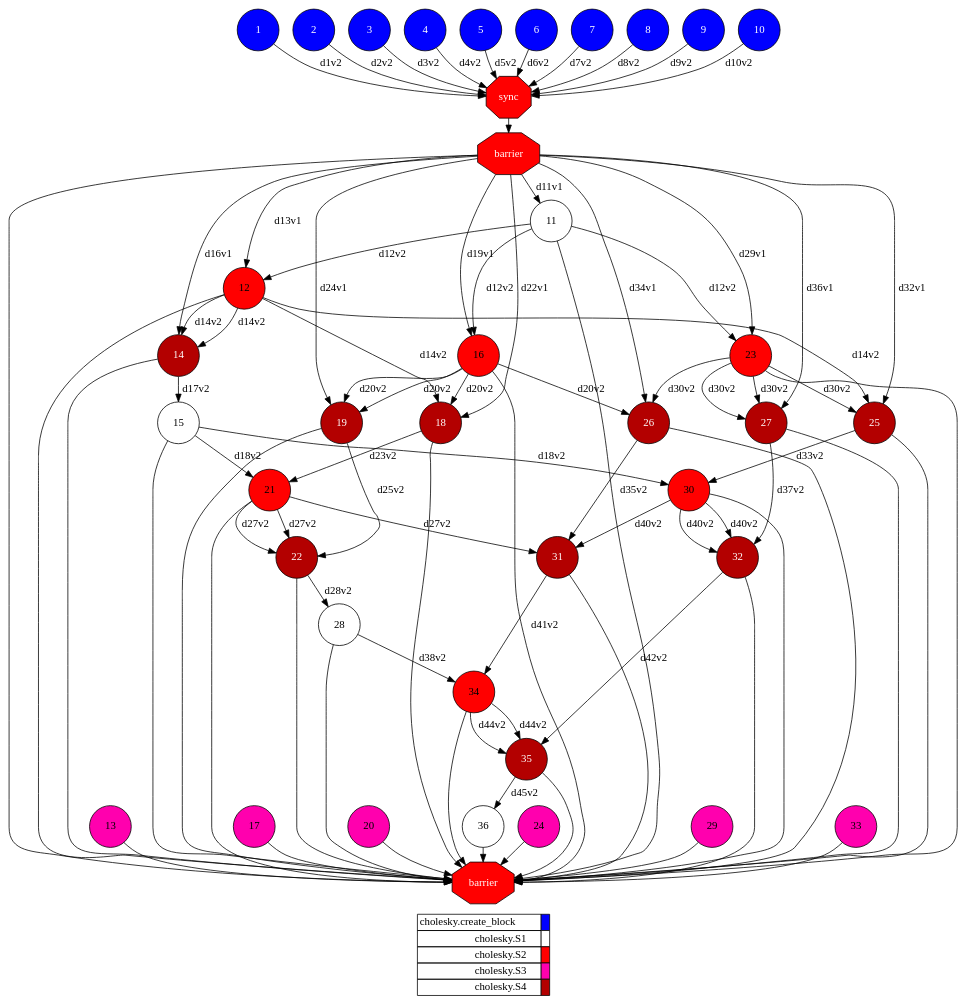
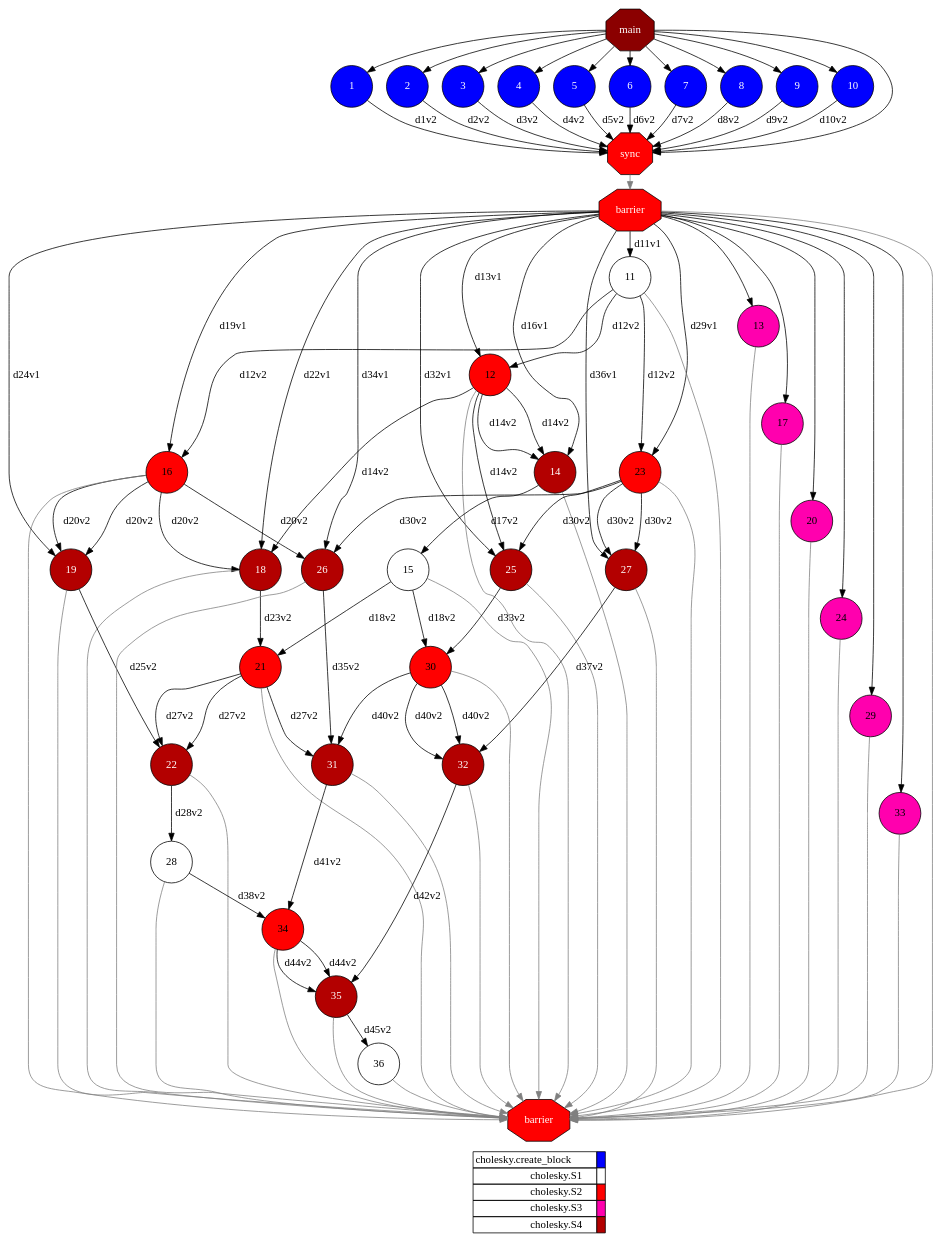
One commit to cristianrcv/pycompss-autoparallel changed the diagram in examples/cholesky/results/local/autoparallel/complete_graph.dot. Above: the diagram before and after it, drawn with Graphviz. The commit also changed 171 other files, not shown here.

```diff
--- a/examples/cholesky/results/local/autoparallel/complete_graph.dot
+++ b/examples/cholesky/results/local/autoparallel/complete_graph.dot
@@ -1,161 +1,180 @@
 digraph {
   rankdir=TB;
   labeljust="l";
+  compound= true;
   subgraph dependence_graph {
     ranksep=0.20;
     node[height=0.75];
 
+Synchro0[label="main", shape=octagon, style=filled fillcolor="#8B0000" fontcolor="#FFFFFF"];
 1[shape=circle, style=filled fillcolor="#0000ff" fontcolor="#ffffff"];
+Synchro0 -> 1;
 2[shape=circle, style=filled fillcolor="#0000ff" fontcolor="#ffffff"];
+Synchro0 -> 2;
 3[shape=circle, style=filled fillcolor="#0000ff" fontcolor="#ffffff"];
+Synchro0 -> 3;
 4[shape=circle, style=filled fillcolor="#0000ff" fontcolor="#ffffff"];
+Synchro0 -> 4;
 5[shape=circle, style=filled fillcolor="#0000ff" fontcolor="#ffffff"];
+Synchro0 -> 5;
 6[shape=circle, style=filled fillcolor="#0000ff" fontcolor="#ffffff"];
+Synchro0 -> 6;
 7[shape=circle, style=filled fillcolor="#0000ff" fontcolor="#ffffff"];
+Synchro0 -> 7;
 8[shape=circle, style=filled fillcolor="#0000ff" fontcolor="#ffffff"];
+Synchro0 -> 8;
 9[shape=circle, style=filled fillcolor="#0000ff" fontcolor="#ffffff"];
+Synchro0 -> 9;
 10[shape=circle, style=filled fillcolor="#0000ff" fontcolor="#ffffff"];
+Synchro0 -> 10;
 Synchro1[label="sync", shape=octagon, style=filled fillcolor="#ff0000" fontcolor="#FFFFFF"];
-1 -> Synchro1[ label="d1v2" ];
-2 -> Synchro1[ label="d2v2" ];
-3 -> Synchro1[ label="d3v2" ];
-4 -> Synchro1[ label="d4v2" ];
-5 -> Synchro1[ label="d5v2" ];
-6 -> Synchro1[ label="d6v2" ];
-7 -> Synchro1[ label="d7v2" ];
-8 -> Synchro1[ label="d8v2" ];
-9 -> Synchro1[ label="d9v2" ];
-10 -> Synchro1[ label="d10v2" ];
+Synchro0 -> Synchro1;
+1 -> Synchro1 [label="d1v2"];
+2 -> Synchro1 [label="d2v2"];
+3 -> Synchro1 [label="d3v2"];
+4 -> Synchro1 [label="d4v2"];
+5 -> Synchro1 [label="d5v2"];
+6 -> Synchro1 [label="d6v2"];
+7 -> Synchro1 [label="d7v2"];
+8 -> Synchro1 [label="d8v2"];
+9 -> Synchro1 [label="d9v2"];
+10 -> Synchro1 [label="d10v2"];
 Synchro2[label="barrier", shape=octagon, style=filled fillcolor="#ff0000" fontcolor="#FFFFFF"];
-Synchro1 -> Synchro2;
+Synchro1 -> Synchro2 [color=grey];
 11[shape=circle, style=filled fillcolor="#ffffff" fontcolor="#000000"];
-Synchro2 -> 11[ label="d11v1" ];
+Synchro2 -> 11 [label="d11v1"];
 12[shape=circle, style=filled fillcolor="#ff0000" fontcolor="#000000"];
-11 -> 12[ label="d12v2" ];
-Synchro2 -> 12[ label="d13v1" ];
+11 -> 12 [label="d12v2"];
+Synchro2 -> 12 [label="d13v1"];
 13[shape=circle, style=filled fillcolor="#ff00ae" fontcolor="#000000"];
+Synchro2 -> 13;
 14[shape=circle, style=filled fillcolor="#b30000" fontcolor="#ffffff"];
-12 -> 14[ label="d14v2" ];
-12 -> 14[ label="d14v2" ];
-Synchro2 -> 14[ label="d16v1" ];
+12 -> 14 [label="d14v2"];
+12 -> 14 [label="d14v2"];
+Synchro2 -> 14 [label="d16v1"];
 15[shape=circle, style=filled fillcolor="#ffffff" fontcolor="#000000"];
-14 -> 15[ label="d17v2" ];
+14 -> 15 [label="d17v2"];
 16[shape=circle, style=filled fillcolor="#ff0000" fontcolor="#000000"];
-11 -> 16[ label="d12v2" ];
-Synchro2 -> 16[ label="d19v1" ];
+11 -> 16 [label="d12v2"];
+Synchro2 -> 16 [label="d19v1"];
 17[shape=circle, style=filled fillcolor="#ff00ae" fontcolor="#000000"];
+Synchro2 -> 17;
 18[shape=circle, style=filled fillcolor="#b30000" fontcolor="#ffffff"];
-16 -> 18[ label="d20v2" ];
-12 -> 18[ label="d14v2" ];
-Synchro2 -> 18[ label="d22v1" ];
+16 -> 18 [label="d20v2"];
+12 -> 18 [label="d14v2"];
+Synchro2 -> 18 [label="d22v1"];
 19[shape=circle, style=filled fillcolor="#b30000" fontcolor="#ffffff"];
-16 -> 19[ label="d20v2" ];
-16 -> 19[ label="d20v2" ];
-Synchro2 -> 19[ label="d24v1" ];
+16 -> 19 [label="d20v2"];
+16 -> 19 [label="d20v2"];
+Synchro2 -> 19 [label="d24v1"];
 20[shape=circle, style=filled fillcolor="#ff00ae" fontcolor="#000000"];
+Synchro2 -> 20;
 21[shape=circle, style=filled fillcolor="#ff0000" fontcolor="#000000"];
-15 -> 21[ label="d18v2" ];
-18 -> 21[ label="d23v2" ];
+15 -> 21 [label="d18v2"];
+18 -> 21 [label="d23v2"];
 22[shape=circle, style=filled fillcolor="#b30000" fontcolor="#ffffff"];
-21 -> 22[ label="d27v2" ];
-21 -> 22[ label="d27v2" ];
-19 -> 22[ label="d25v2" ];
+21 -> 22 [label="d27v2"];
+21 -> 22 [label="d27v2"];
+19 -> 22 [label="d25v2"];
 23[shape=circle, style=filled fillcolor="#ff0000" fontcolor="#000000"];
-11 -> 23[ label="d12v2" ];
-Synchro2 -> 23[ label="d29v1" ];
+11 -> 23 [label="d12v2"];
+Synchro2 -> 23 [label="d29v1"];
 24[shape=circle, style=filled fillcolor="#ff00ae" fontcolor="#000000"];
+Synchro2 -> 24;
 25[shape=circle, style=filled fillcolor="#b30000" fontcolor="#ffffff"];
-23 -> 25[ label="d30v2" ];
-12 -> 25[ label="d14v2" ];
-Synchro2 -> 25[ label="d32v1" ];
+23 -> 25 [label="d30v2"];
+12 -> 25 [label="d14v2"];
+Synchro2 -> 25 [label="d32v1"];
 26[shape=circle, style=filled fillcolor="#b30000" fontcolor="#ffffff"];
-23 -> 26[ label="d30v2" ];
-16 -> 26[ label="d20v2" ];
-Synchro2 -> 26[ label="d34v1" ];
+23 -> 26 [label="d30v2"];
+16 -> 26 [label="d20v2"];
+Synchro2 -> 26 [label="d34v1"];
 27[shape=circle, style=filled fillcolor="#b30000" fontcolor="#ffffff"];
-23 -> 27[ label="d30v2" ];
-23 -> 27[ label="d30v2" ];
-Synchro2 -> 27[ label="d36v1" ];
+23 -> 27 [label="d30v2"];
+23 -> 27 [label="d30v2"];
+Synchro2 -> 27 [label="d36v1"];
 28[shape=circle, style=filled fillcolor="#ffffff" fontcolor="#000000"];
-22 -> 28[ label="d28v2" ];
+22 -> 28 [label="d28v2"];
 29[shape=circle, style=filled fillcolor="#ff00ae" fontcolor="#000000"];
+Synchro2 -> 29;
 30[shape=circle, style=filled fillcolor="#ff0000" fontcolor="#000000"];
-15 -> 30[ label="d18v2" ];
-25 -> 30[ label="d33v2" ];
+15 -> 30 [label="d18v2"];
+25 -> 30 [label="d33v2"];
 31[shape=circle, style=filled fillcolor="#b30000" fontcolor="#ffffff"];
-30 -> 31[ label="d40v2" ];
-21 -> 31[ label="d27v2" ];
-26 -> 31[ label="d35v2" ];
+30 -> 31 [label="d40v2"];
+21 -> 31 [label="d27v2"];
+26 -> 31 [label="d35v2"];
 32[shape=circle, style=filled fillcolor="#b30000" fontcolor="#ffffff"];
-30 -> 32[ label="d40v2" ];
-30 -> 32[ label="d40v2" ];
-27 -> 32[ label="d37v2" ];
+30 -> 32 [label="d40v2"];
+30 -> 32 [label="d40v2"];
+27 -> 32 [label="d37v2"];
 33[shape=circle, style=filled fillcolor="#ff00ae" fontcolor="#000000"];
+Synchro2 -> 33;
 34[shape=circle, style=filled fillcolor="#ff0000" fontcolor="#000000"];
-28 -> 34[ label="d38v2" ];
-31 -> 34[ label="d41v2" ];
+28 -> 34 [label="d38v2"];
+31 -> 34 [label="d41v2"];
 35[shape=circle, style=filled fillcolor="#b30000" fontcolor="#ffffff"];
-34 -> 35[ label="d44v2" ];
-34 -> 35[ label="d44v2" ];
-32 -> 35[ label="d42v2" ];
+34 -> 35 [label="d44v2"];
+34 -> 35 [label="d44v2"];
+32 -> 35 [label="d42v2"];
 36[shape=circle, style=filled fillcolor="#ffffff" fontcolor="#000000"];
-35 -> 36[ label="d45v2" ];
+35 -> 36 [label="d45v2"];
 Synchro3[label="barrier", shape=octagon, style=filled fillcolor="#ff0000" fontcolor="#FFFFFF"];
-Synchro2 -> Synchro3;
-34 -> Synchro3;
-24 -> Synchro3;
-27 -> Synchro3;
-31 -> Synchro3;
-20 -> Synchro3;
-16 -> Synchro3;
-28 -> Synchro3;
-13 -> Synchro3;
-21 -> Synchro3;
-30 -> Synchro3;
-11 -> Synchro3;
-33 -> Synchro3;
-35 -> Synchro3;
-17 -> Synchro3;
-26 -> Synchro3;
-15 -> Synchro3;
-18 -> Synchro3;
-22 -> Synchro3;
-19 -> Synchro3;
-23 -> Synchro3;
-29 -> Synchro3;
-32 -> Synchro3;
-36 -> Synchro3;
-25 -> Synchro3;
-12 -> Synchro3;
-14 -> Synchro3;  }
+Synchro2 -> Synchro3 [color=grey];
+11 -> Synchro3 [color=grey];
+23 -> Synchro3 [color=grey];
+20 -> Synchro3 [color=grey];
+29 -> Synchro3 [color=grey];
+22 -> Synchro3 [color=grey];
+28 -> Synchro3 [color=grey];
+31 -> Synchro3 [color=grey];
+19 -> Synchro3 [color=grey];
+14 -> Synchro3 [color=grey];
+26 -> Synchro3 [color=grey];
+21 -> Synchro3 [color=grey];
+35 -> Synchro3 [color=grey];
+13 -> Synchro3 [color=grey];
+18 -> Synchro3 [color=grey];
+17 -> Synchro3 [color=grey];
+30 -> Synchro3 [color=grey];
+27 -> Synchro3 [color=grey];
+12 -> Synchro3 [color=grey];
+15 -> Synchro3 [color=grey];
+33 -> Synchro3 [color=grey];
+24 -> Synchro3 [color=grey];
+36 -> Synchro3 [color=grey];
+16 -> Synchro3 [color=grey];
+34 -> Synchro3 [color=grey];
+25 -> Synchro3 [color=grey];
+32 -> Synchro3 [color=grey];  }
   subgraph legend {
     rank=sink;
     node [shape=plaintext, height=0.75];
     ranksep=0.20;
     label = "Legend";
     key [label=<
       <table border="0" cellpadding="2" cellspacing="0" cellborder="1">
 <tr>
 <td align="right">cholesky.create_block</td>
 <td bgcolor="#0000ff">&nbsp;</td>
 </tr>
 <tr>
 <td align="right">cholesky.S1</td>
 <td bgcolor="#ffffff">&nbsp;</td>
 </tr>
 <tr>
 <td align="right">cholesky.S2</td>
 <td bgcolor="#ff0000">&nbsp;</td>
 </tr>
 <tr>
 <td align="right">cholesky.S3</td>
 <td bgcolor="#ff00ae">&nbsp;</td>
 </tr>
 <tr>
 <td align="right">cholesky.S4</td>
 <td bgcolor="#b30000">&nbsp;</td>
 </tr>
       </table>
     >]
   }
 }
```
